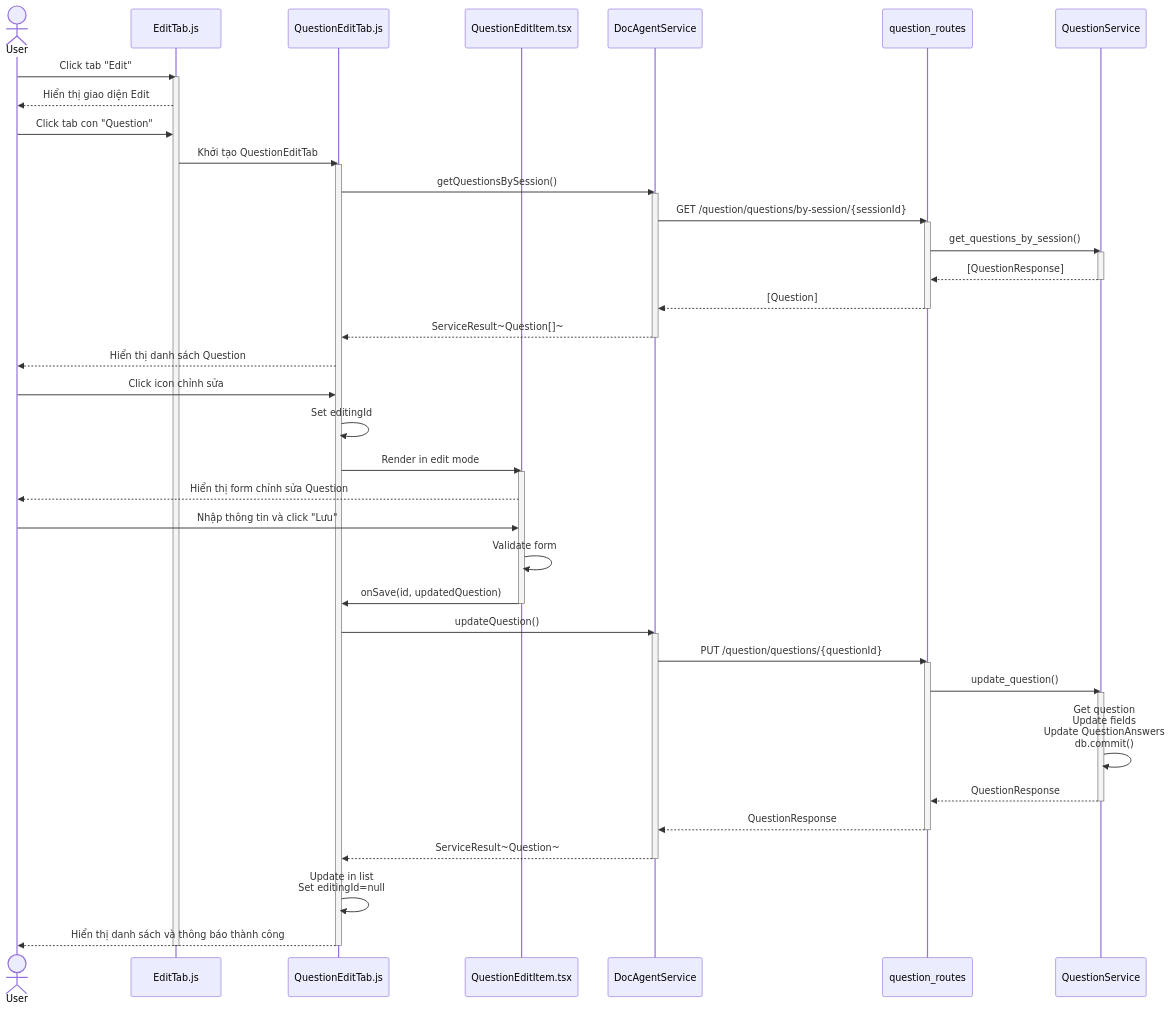
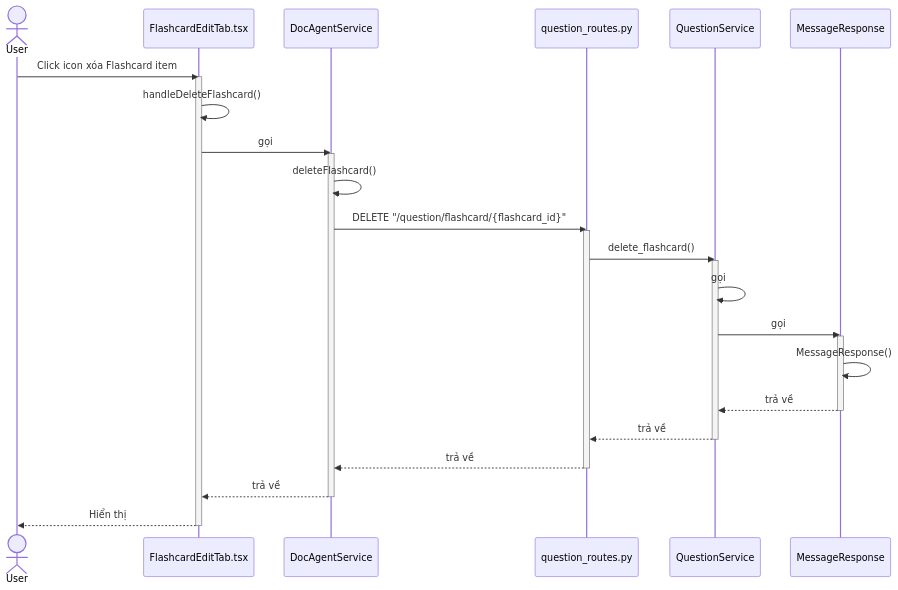
One commit to mduc-2610/gp_doc changed the second of 10 diagrams in question/4_question_management_seq.md. Above: the diagram before and after it, drawn with Mermaid. The commit also changed other lines of this file and 34 other files, not shown here.

````diff
--- a/question/4_question_management_seq.md
+++ b/question/4_question_management_seq.md
@@ -79,69 +67,43 @@
 ```mermaid
 sequenceDiagram
     actor User
-    participant EditTab as EditTab.js
-    participant QuestionEditTab as QuestionEditTab.js
-    participant QuestionEditItem as QuestionEditItem.tsx
+    participant FlashcardEditTab as FlashcardEditTab.tsx
     participant DocAgentService as DocAgentService
-    participant QuestionRoutes as question_routes
+    participant QuestionRoutes as question_routes.py
     participant QuestionService as QuestionService
+    participant MessageResponse as MessageResponse
 
-    User->>EditTab: Click tab "Edit"
-    activate EditTab
-    EditTab-->>User: Hiển thị giao diện Edit
+    User->>FlashcardEditTab: Click icon xóa Flashcard item
+    activate FlashcardEditTab
     
-    User->>EditTab: Click tab con "Question"
-    EditTab->>QuestionEditTab: Khởi tạo QuestionEditTab
-    activate QuestionEditTab
+    FlashcardEditTab->>FlashcardEditTab: handleDeleteFlashcard()
+    FlashcardEditTab->>DocAgentService: gọi
+    activate DocAgentService
     
-    QuestionEditTab->>DocAgentService: getQuestionsBySession()
-    activate DocAgentService
-    DocAgentService->>QuestionRoutes: GET /question/questions/by-session/{sessionId}
+    DocAgentService->>DocAgentService: deleteFlashcard()
+    DocAgentService->>QuestionRoutes: DELETE "/question/flashcard/{flashcard_id}"
     activate QuestionRoutes
-    QuestionRoutes->>QuestionService: get_questions_by_session()
+    
+    QuestionRoutes->>QuestionService: delete_flashcard()
     activate QuestionService
-    QuestionService-->>QuestionRoutes: [QuestionResponse]
+    
+    QuestionService->>QuestionService: gọi
+    QuestionService->>MessageResponse: gọi
+    activate MessageResponse
+    
+    MessageResponse->>MessageResponse: MessageResponse()
+    MessageResponse-->>QuestionService: trả về
+    deactivate MessageResponse
+    
+    QuestionService-->>QuestionRoutes: trả về
     deactivate QuestionService
-    QuestionRoutes-->>DocAgentService: [Question]
+    
+    QuestionRoutes-->>DocAgentService: trả về
     deactivate QuestionRoutes
-    DocAgentService-->>QuestionEditTab: ServiceResult~Question[]~
+    
+    DocAgentService-->>FlashcardEditTab: trả về
     deactivate DocAgentService
     
-    QuestionEditTab-->>User: Hiển thị danh sách Question
-    
-    User->>QuestionEditTab: Click icon chỉnh sửa
-    QuestionEditTab->>QuestionEditTab: Set editingId
-    QuestionEditTab->>QuestionEditItem: Render in edit mode
-    activate QuestionEditItem
-    QuestionEditItem-->>User: Hiển thị form chỉnh sửa Question
-    
-    User->>QuestionEditItem: Nhập thông tin và click "Lưu"
-    QuestionEditItem->>QuestionEditItem: Validate form
-    QuestionEditItem->>QuestionEditTab: onSave(id, updatedQuestion)
-    deactivate QuestionEditItem
-    
-    QuestionEditTab->>DocAgentService: updateQuestion()
-    activate DocAgentService
-    
-    DocAgentService->>QuestionRoutes: PUT /question/questions/{questionId}
-    activate QuestionRoutes
-    
-    QuestionRoutes->>QuestionService: update_question()
-    activate QuestionService
-    
-    QuestionService->>QuestionService: Get question<br/>Update fields<br/>Update QuestionAnswers<br/>db.commit()
-    
-    QuestionService-->>QuestionRoutes: QuestionResponse
-    deactivate QuestionService
-    
-    QuestionRoutes-->>DocAgentService: QuestionResponse
-    deactivate QuestionRoutes
-    
-    DocAgentService-->>QuestionEditTab: ServiceResult~Question~
-    deactivate DocAgentService
-    
-    QuestionEditTab->>QuestionEditTab: Update in list<br/>Set editingId=null
-    QuestionEditTab-->>User: Hiển thị danh sách và thông báo thành công
-    deactivate QuestionEditTab
-    deactivate EditTab
+    FlashcardEditTab-->>User: Hiển thị
+    deactivate FlashcardEditTab
 ```
````
